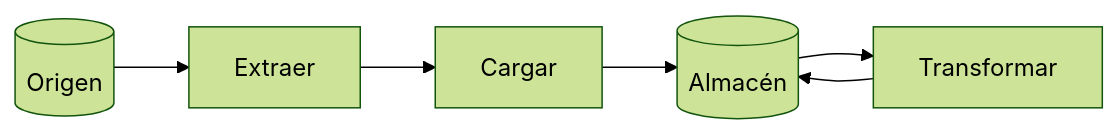
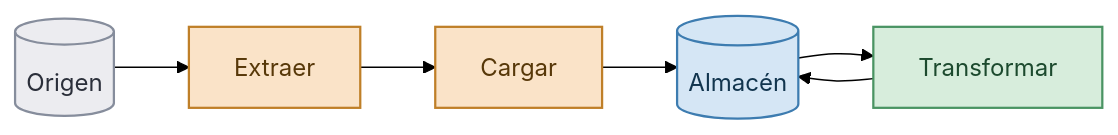
One commit to IraitzM/ingenieria-datos changed the second of 4 diagrams in content/load/patrones.qmd. Above: the diagram before and after it, drawn with Mermaid (forest theme). The commit also changed other lines of this file and 28 other files, not shown here.

````diff
--- a/content/load/patrones.qmd
+++ b/content/load/patrones.qmd
@@ -16,5 +26,15 @@
 ```{mermaid}
 flowchart LR
     o[("Origen")] --> e["Extraer"] --> l["Cargar"] --> d[("Almacén")] --> t["Transformar"]
     t --> d
+
+    %% Paleta por bloque del libro
+    classDef origen fill:#ececf0,stroke:#868d9c,stroke-width:1.5px,color:#2b2f3a
+    classDef carga fill:#fae3c8,stroke:#bf7f28,stroke-width:1.5px,color:#573809
+    classDef transformacion fill:#d7eddc,stroke:#4a9463,stroke-width:1.5px,color:#1c4a2e
+    classDef almacen fill:#d5e6f5,stroke:#3d7cb0,stroke-width:1.5px,color:#12354e
+    class o origen
+    class e,l carga
+    class t transformacion
+    class d almacen
 ```
````
